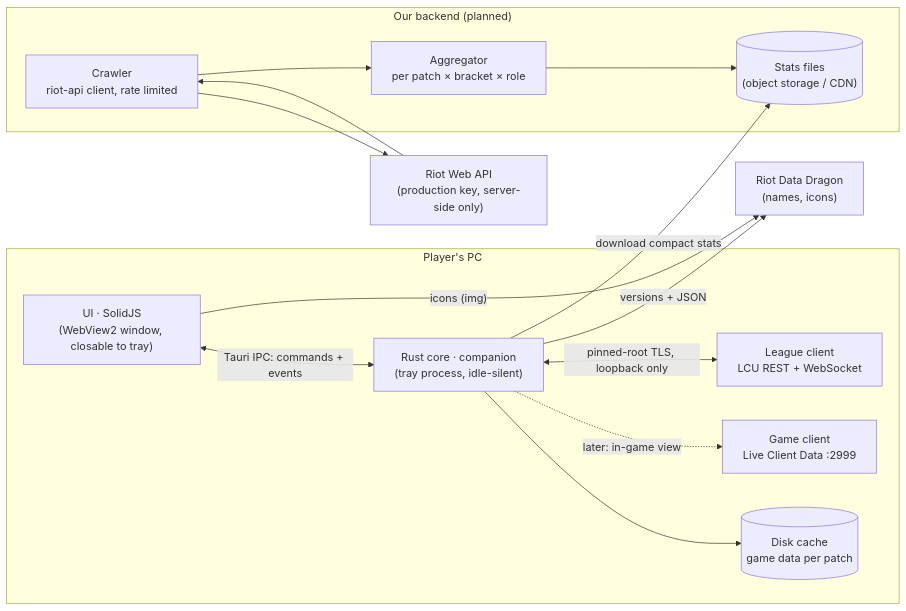
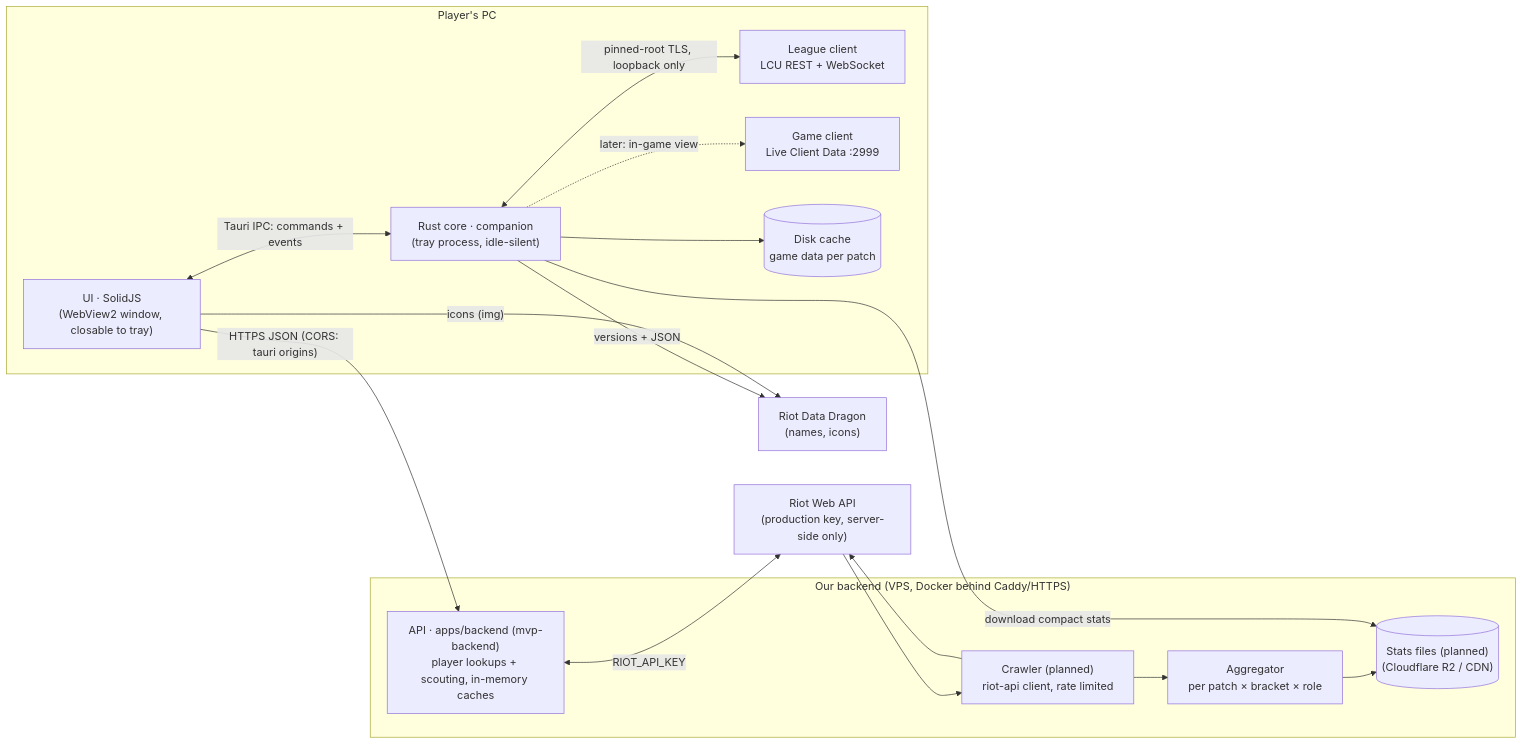
The diagram in docs/architecture.md (Filmoo/MVP), drawn with Mermaid before and after one commit. The commit also changed other lines of this file and 32 other files, not shown here.

````diff
--- a/docs/architecture.md
+++ b/docs/architecture.md
@@ -3,27 +3,30 @@
 ```mermaid
 flowchart LR
   subgraph PC["Player's PC"]
     UI["UI · SolidJS<br/>(WebView2 window, closable to tray)"]
     Core["Rust core · companion<br/>(tray process, idle-silent)"]
     LCU["League client<br/>LCU REST + WebSocket"]
     Game["Game client<br/>Live Client Data :2999"]
     Cache[("Disk cache<br/>game data per patch")]
   end
   DD["Riot Data Dragon<br/>(names, icons)"]
-  subgraph Server["Our backend (planned)"]
-    Crawler["Crawler<br/>riot-api client, rate limited"]
+  subgraph Server["Our backend (VPS, Docker behind Caddy/HTTPS)"]
+    Api["API · apps/backend (mvp-backend)<br/>player lookups + scouting, in-memory caches"]
+    Crawler["Crawler (planned)<br/>riot-api client, rate limited"]
     Agg["Aggregator<br/>per patch × bracket × role"]
-    Files[("Stats files<br/>(object storage / CDN)")]
+    Files[("Stats files (planned)<br/>(Cloudflare R2 / CDN)")]
   end
   Riot["Riot Web API<br/>(production key, server-side only)"]
 
   UI <-- "Tauri IPC: commands + events" --> Core
   Core <-- "pinned-root TLS, loopback only" --> LCU
   Core -. "later: in-game view" .-> Game
   Core --> Cache
   Core -- "versions + JSON" --> DD
   UI -- "icons (img)" --> DD
+  Api <-- "RIOT_API_KEY" --> Riot
   Crawler --> Riot --> Crawler
   Crawler --> Agg --> Files
   Core -- "download compact stats" --> Files
+  UI -- "HTTPS JSON (CORS: tauri origins)" --> Api
 ```
````
